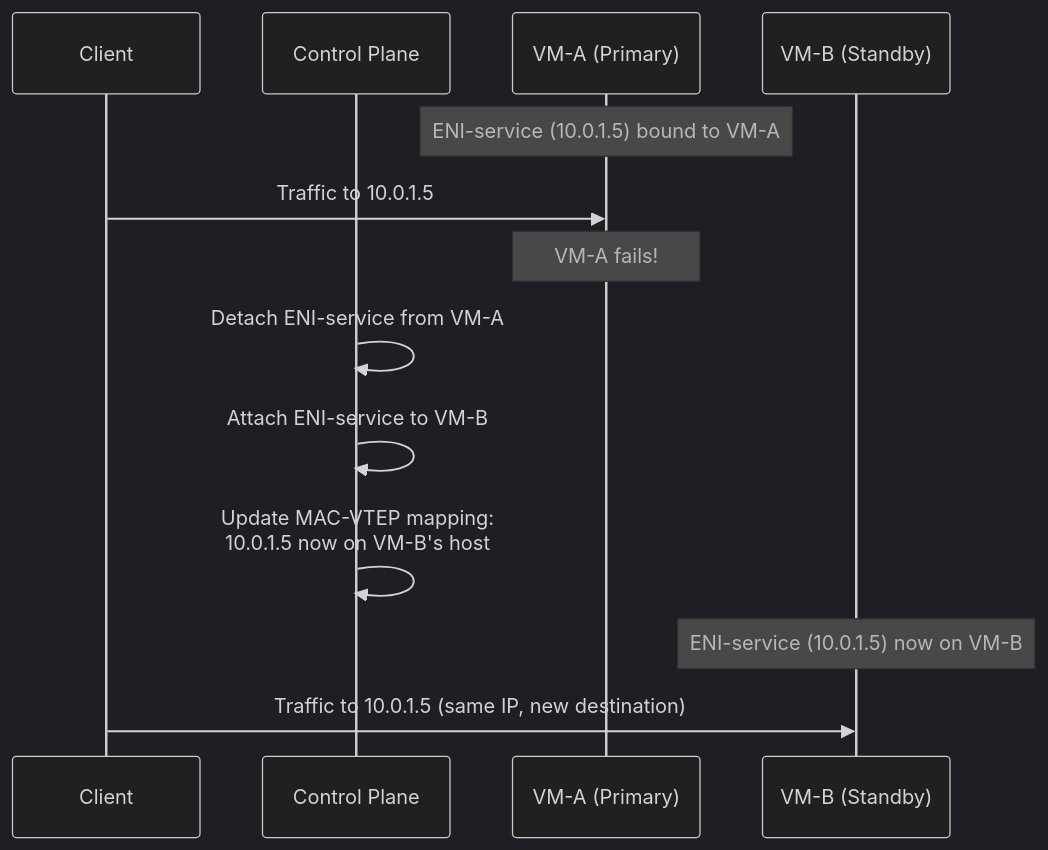
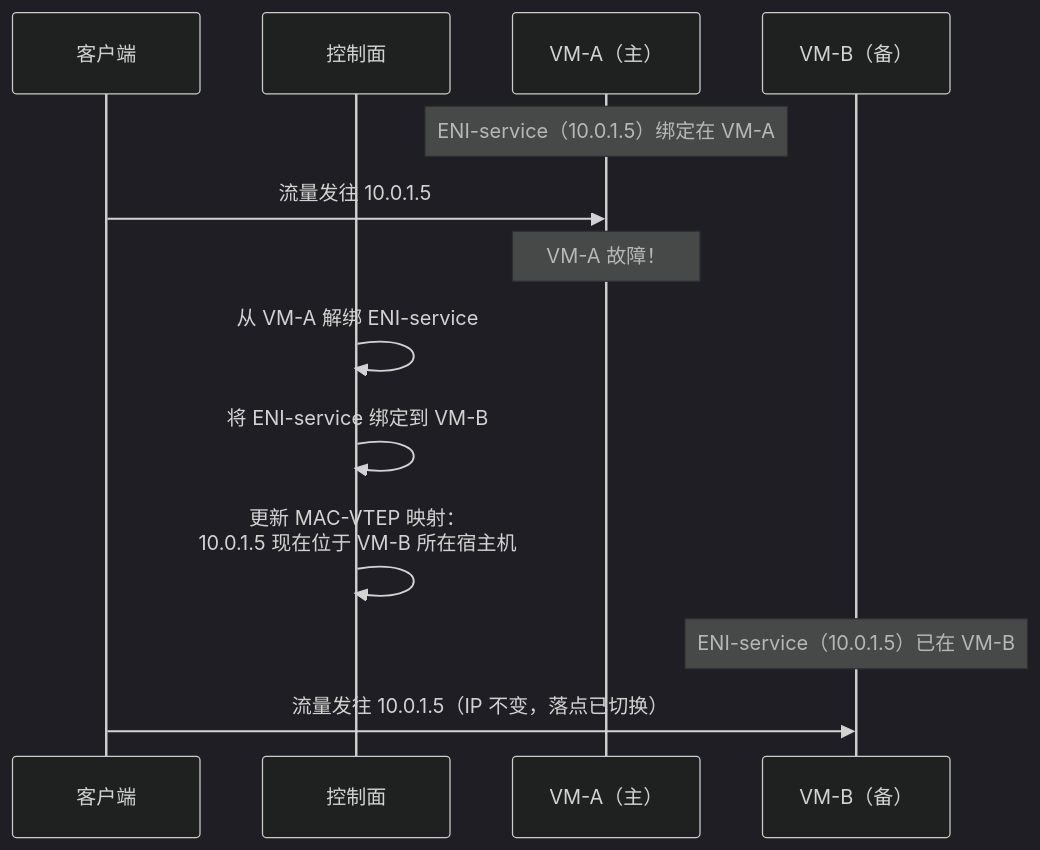
One commit to caozhiyi/network-book changed the fifth of 5 diagrams in docs/11.VPC内的基础网络服务DHCP与DNS与元数据与弹性网卡.md. Above: the diagram before and after it, drawn with Mermaid (dark theme). The commit also changed other lines of this file and 77 other files, not shown here.

````diff
--- a/docs/11.VPC内的基础网络服务DHCP与DNS与元数据与弹性网卡.md
+++ b/docs/11.VPC内的基础网络服务DHCP与DNS与元数据与弹性网卡.md
@@ -205,19 +203,19 @@
 ```mermaid
 sequenceDiagram
-    participant Client as Client
-    participant CP as Control Plane
-    participant VMA as VM-A (Primary)
-    participant VMB as VM-B (Standby)
+    participant Client as 客户端
+    participant CP as 控制面
+    participant VMA as VM-A（主）
+    participant VMB as VM-B（备）
 
-    Note over VMA: ENI-service (10.0.1.5) bound to VM-A
-    Client->>VMA: Traffic to 10.0.1.5
+    Note over VMA: ENI-service（10.0.1.5）绑定在 VM-A
+    Client->>VMA: 流量发往 10.0.1.5
 
-    Note over VMA: VM-A fails!
+    Note over VMA: VM-A 故障！
 
-    CP->>CP: Detach ENI-service from VM-A
-    CP->>CP: Attach ENI-service to VM-B
-    CP->>CP: Update MAC-VTEP mapping:<br/>10.0.1.5 now on VM-B's host
+    CP->>CP: 从 VM-A 解绑 ENI-service
+    CP->>CP: 将 ENI-service 绑定到 VM-B
+    CP->>CP: 更新 MAC-VTEP 映射：<br/>10.0.1.5 现在位于 VM-B 所在宿主机
 
-    Note over VMB: ENI-service (10.0.1.5) now on VM-B
-    Client->>VMB: Traffic to 10.0.1.5 (same IP, new destination)
+    Note over VMB: ENI-service（10.0.1.5）已在 VM-B
+    Client->>VMB: 流量发往 10.0.1.5（IP 不变，落点已切换）
 ```
````
